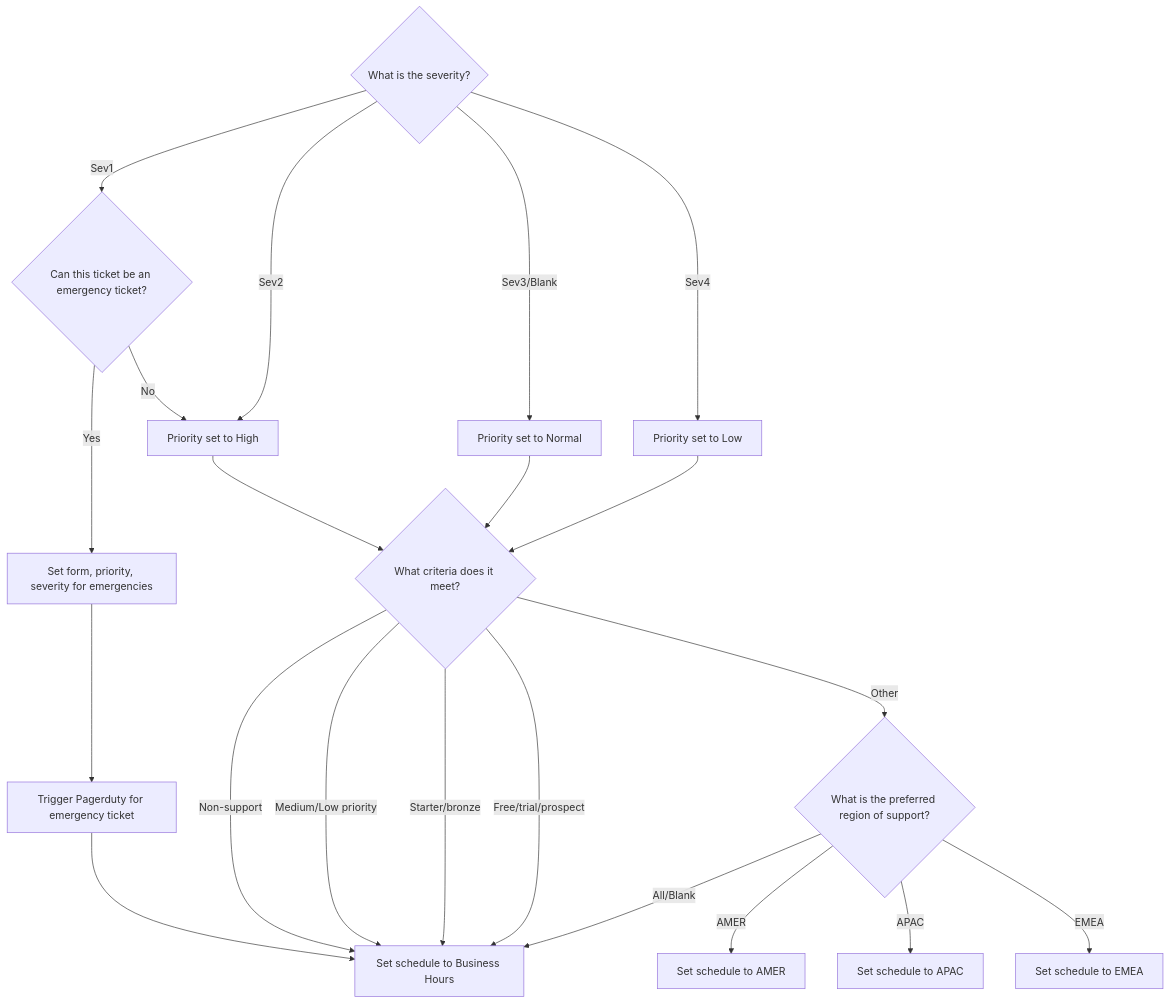
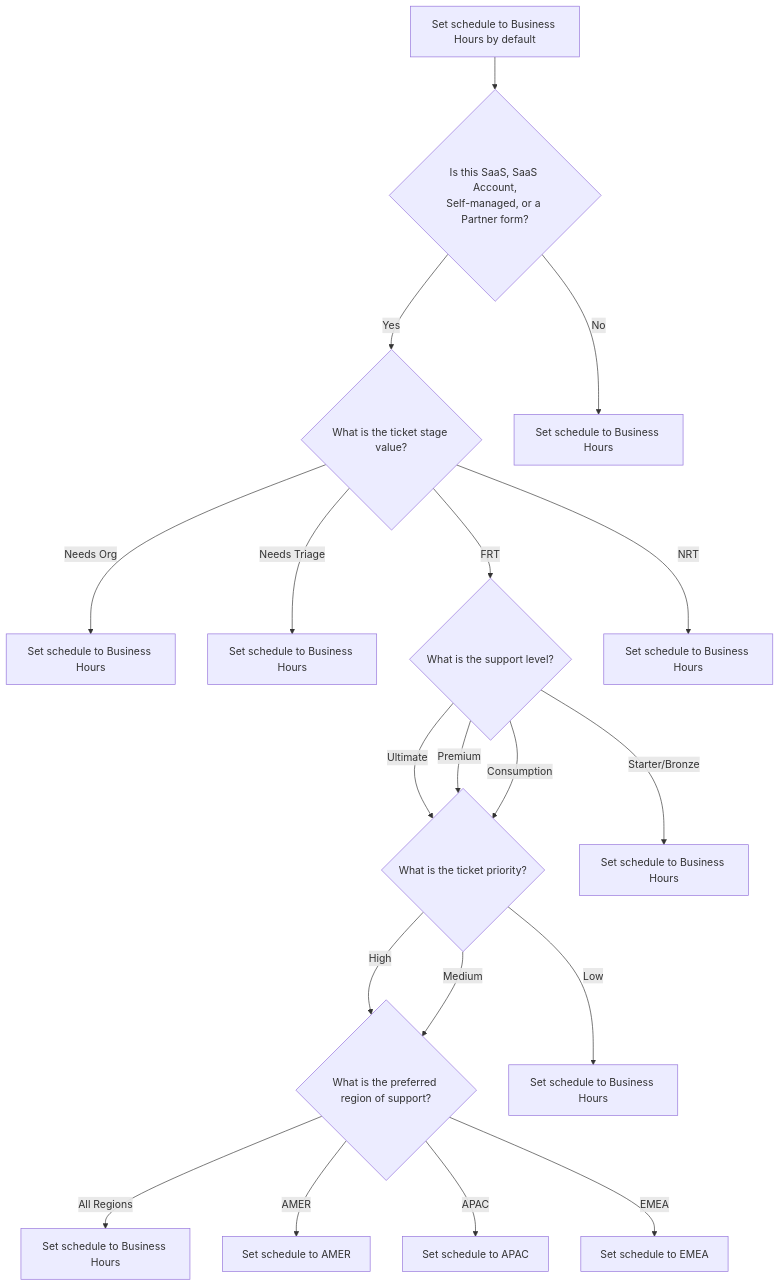
Before and after one commit to secretstartups/handbook: the fifth of 5 diagrams in support/support-ops/documentation/zendesk_global_routing.html.md, drawn with Mermaid.

Commit message:
Updating Zendesk Global Routing diagram

````diff
--- a/support/support-ops/documentation/zendesk_global_routing.html.md
+++ b/support/support-ops/documentation/zendesk_global_routing.html.md
@@ -204,43 +204,49 @@
 ```mermaid
 graph TD;
-  Start-->|"Sev1"| Sev1;
-  Sev1-->|"Yes"| Emergency;
-  Sev1-->|"No"| Sev2;
-  Start-->|"Sev2"| Sev2;
-  Start-->|"Sev3/Blank"| Sev3;
-  Start-->|"Sev4"| Sev4;
-  Sev2--> Schedule;
-  Sev3--> Schedule;
-  Sev4--> Schedule;
-  Emergency--> Pagerduty;
-  Schedule-->|"Non-support"| BusinessHours;
-  Schedule-->|"Medium/Low priority"| BusinessHours;
-  Schedule-->|"Starter/bronze"| BusinessHours;
-  Schedule-->|"Free/trial/prospect"| BusinessHours;
-  Schedule-->|"Other"| Preferred;
-  Preferred-->|"All/Blank"| BusinessHours;
-  Preferred-->|"AMER"| AMER;
-  Preferred-->|"APAC"| APAC;
-  Preferred-->|"EMEA"| EMEA;
+  Start-->Form;
+  Form-->|"Yes"| Stage;
+  Form-->|"No"| NonSupport;
+  Stage-->|"Needs Org"| NeedsOrg;
+  Stage-->|"Needs Triage"| NeedsTriage;
+  Stage-->|"FRT"| Plan;
+  Stage-->|"NRT"| NRT;
+  Plan-->|"Ultimate"| Priority;
+  Plan-->|"Premium"| Priority;
+  Plan-->|"Starter/Bronze"| Starter;
+  Plan-->|"Consumption"| Priority;
+  Priority-->|"High"| PreferredRegion;
+  Priority-->|"Medium"| PreferredRegion;
+  Priority-->|"Low"| Low;
+  PreferredRegion-->|"All Regions"| AllRegions;
+  PreferredRegion-->|"AMER"| AMER;
+  PreferredRegion-->|"APAC"| APAC;
+  PreferredRegion-->|"EMEA"| EMEA;
 
-  Pagerduty--> BusinessHours;
-  Start{"What is the severity?"}
-  Sev1{"Can this ticket be an emergency ticket?"};
-  Sev2["Priority set to High"];
-  Sev3["Priority set to Normal"];
-  Sev4["Priority set to Low"];
-  click Sev4 "https://gitlab.zendesk.com/agent/admin/triggers/360076290239" _blank;
-  Emergency["Set form, priority, severity for emergencies"]
-  click Emergency "https://gitlab.zendesk.com/agent/admin/triggers/360075984960" _blank;
-  Pagerduty["Trigger Pagerduty for emergency ticket"];
-  click Pagerduty "https://gitlab.zendesk.com/agent/admin/triggers/360074069999" _blank;
-  Schedule{"What criteria does it meet?"};
-  Preferred{"What is the preferred region of support?"}
-  AMER["Set schedule to AMER"];
-  click AMER "https://gitlab.zendesk.com/agent/admin/triggers/360014043640" _blank;
-  APAC["Set schedule to APAC"];
-  click APAC "https://gitlab.zendesk.com/agent/admin/triggers/360014043600" _blank;
-  EMEA["Set schedule to EMEA"];
-  click EMEA "https://gitlab.zendesk.com/agent/admin/triggers/360014064819" _blank;
-  BusinessHours["Set schedule to Business Hours"];
+  Start["Set schedule to Business Hours by default"]
+  Form{"Is this SaaS, SaaS Account,<br>Self-managed, or a Partner form?"}
+  Stage{"What is the ticket stage value?"}
+  Plan{"What is the support level?"}
+  Priority{"What is the ticket priority?"}
+  PreferredRegion{"What is the preferred region of support?"}
+  AMER["Set schedule to AMER"]
+  APAC["Set schedule to APAC"]
+  EMEA["Set schedule to EMEA"]
+  NRT["Set schedule to Business Hours"]
+  NeedsOrg["Set schedule to Business Hours"]
+  NeedsTriage["Set schedule to Business Hours"]
+  Starter["Set schedule to Business Hours"]
+  Low["Set schedule to Business Hours"]
+  AllRegions["Set schedule to Business Hours"]
+  NonSupport["Set schedule to Business Hours"]
+  click Start "https://gitlab.zendesk.com/agent/admin/triggers/1900000930334" _blank;
+  click NonSupport "https://gitlab.zendesk.com/agent/admin/triggers/1900000930374" _blank;
+  click NeedsOrg "https://gitlab.zendesk.com/agent/admin/triggers/360079161439" _blank;
+  click NeedsTriage "https://gitlab.zendesk.com/agent/admin/triggers/360078881760" _blank;
+  click NRT "https://gitlab.zendesk.com/agent/admin/triggers/1900000930474" _blank;
+  click Starter "https://gitlab.zendesk.com/agent/admin/triggers/360078881880" _blank;
+  click Low "https://gitlab.zendesk.com/agent/admin/triggers/360078881900" _blank;
+  click AllRegions "https://gitlab.zendesk.com/agent/admin/triggers/1900000930434" _blank;
+  click AMER "https://gitlab.zendesk.com/agent/admin/triggers/360078881840" _blank;
+  click APAC "https://gitlab.zendesk.com/agent/admin/triggers/1900000930394" _blank;
+  click EMEA "https://gitlab.zendesk.com/agent/admin/triggers/1900000930414" _blank;
 ```
````
